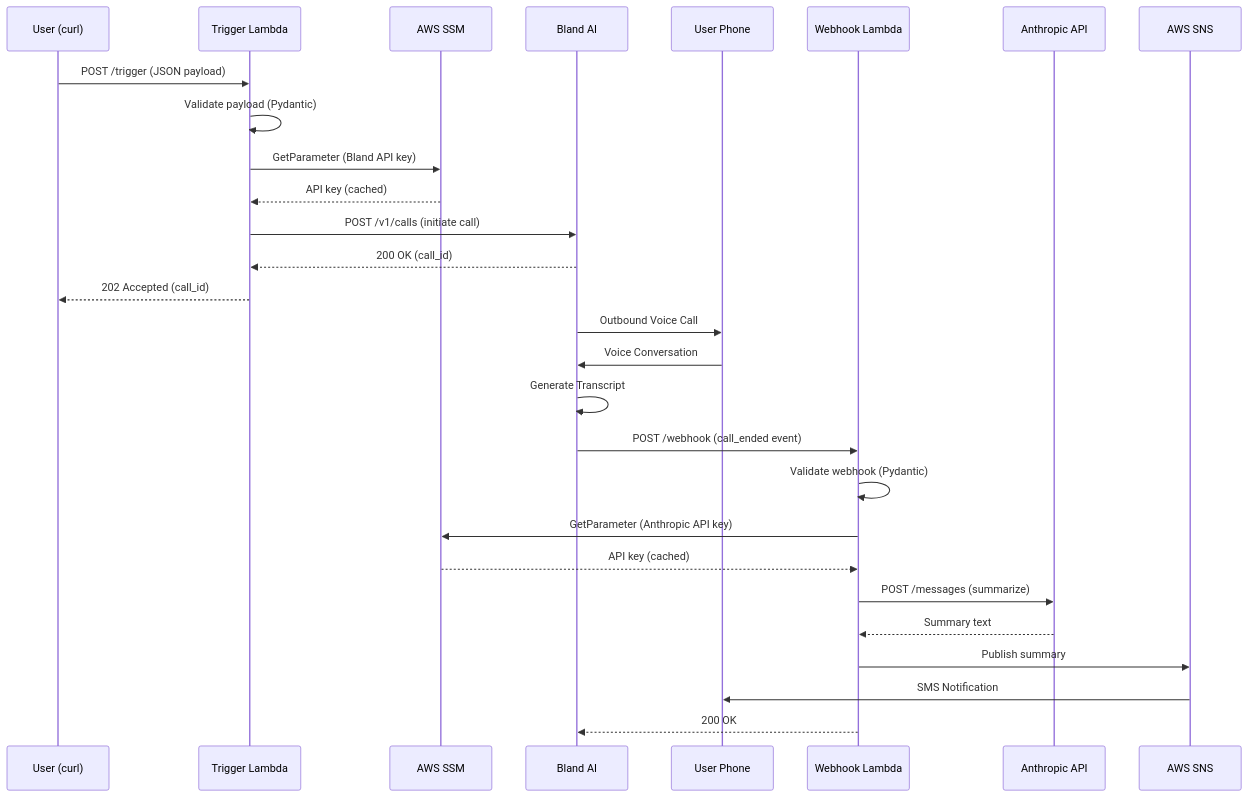
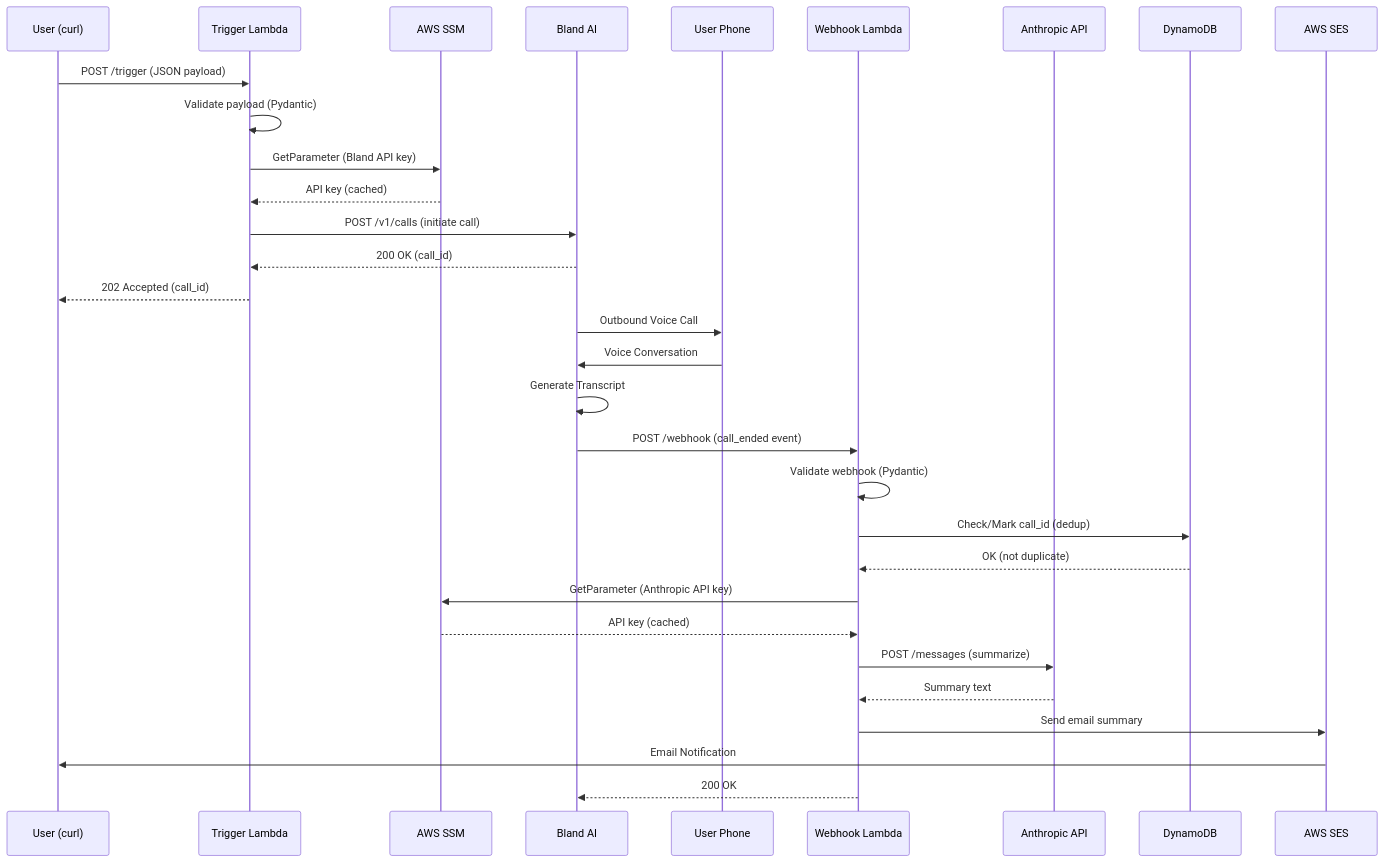
The diagram in PLAN.md (OllieNilsen/kairos), drawn with Mermaid before and after one commit. The commit also changed other lines of this file and 4 other files, not shown here.

Commit message:
Refactor webhook handling to utilize SES for email notifications, update project documentation to reflect changes in notification methods, and enhance DynamoDB deduplication logic with UTC timestamp handling.

````diff
--- a/PLAN.md
+++ b/PLAN.md
@@ -5,33 +5,36 @@
 ```mermaid
 sequenceDiagram
     participant User as User (curl)
     participant TriggerLambda as Trigger Lambda
     participant SSM as AWS SSM
     participant BlandAI as Bland AI
     participant Phone as User Phone
     participant WebhookLambda as Webhook Lambda
     participant Anthropic as Anthropic API
-    participant SNS as AWS SNS
+    participant DynamoDB as DynamoDB
+    participant SES as AWS SES
 
     User->>TriggerLambda: POST /trigger (JSON payload)
     TriggerLambda->>TriggerLambda: Validate payload (Pydantic)
     TriggerLambda->>SSM: GetParameter (Bland API key)
     SSM-->>TriggerLambda: API key (cached)
     TriggerLambda->>BlandAI: POST /v1/calls (initiate call)
     BlandAI-->>TriggerLambda: 200 OK (call_id)
     TriggerLambda-->>User: 202 Accepted (call_id)
     
     BlandAI->>Phone: Outbound Voice Call
     Phone->>BlandAI: Voice Conversation
     BlandAI->>BlandAI: Generate Transcript
     
     BlandAI->>WebhookLambda: POST /webhook (call_ended event)
     WebhookLambda->>WebhookLambda: Validate webhook (Pydantic)
+    WebhookLambda->>DynamoDB: Check/Mark call_id (dedup)
+    DynamoDB-->>WebhookLambda: OK (not duplicate)
     WebhookLambda->>SSM: GetParameter (Anthropic API key)
     SSM-->>WebhookLambda: API key (cached)
     WebhookLambda->>Anthropic: POST /messages (summarize)
     Anthropic-->>WebhookLambda: Summary text
-    WebhookLambda->>SNS: Publish summary
-    SNS->>Phone: SMS Notification
+    WebhookLambda->>SES: Send email summary
+    SES->>User: Email Notification
     WebhookLambda-->>BlandAI: 200 OK
 ```
````
